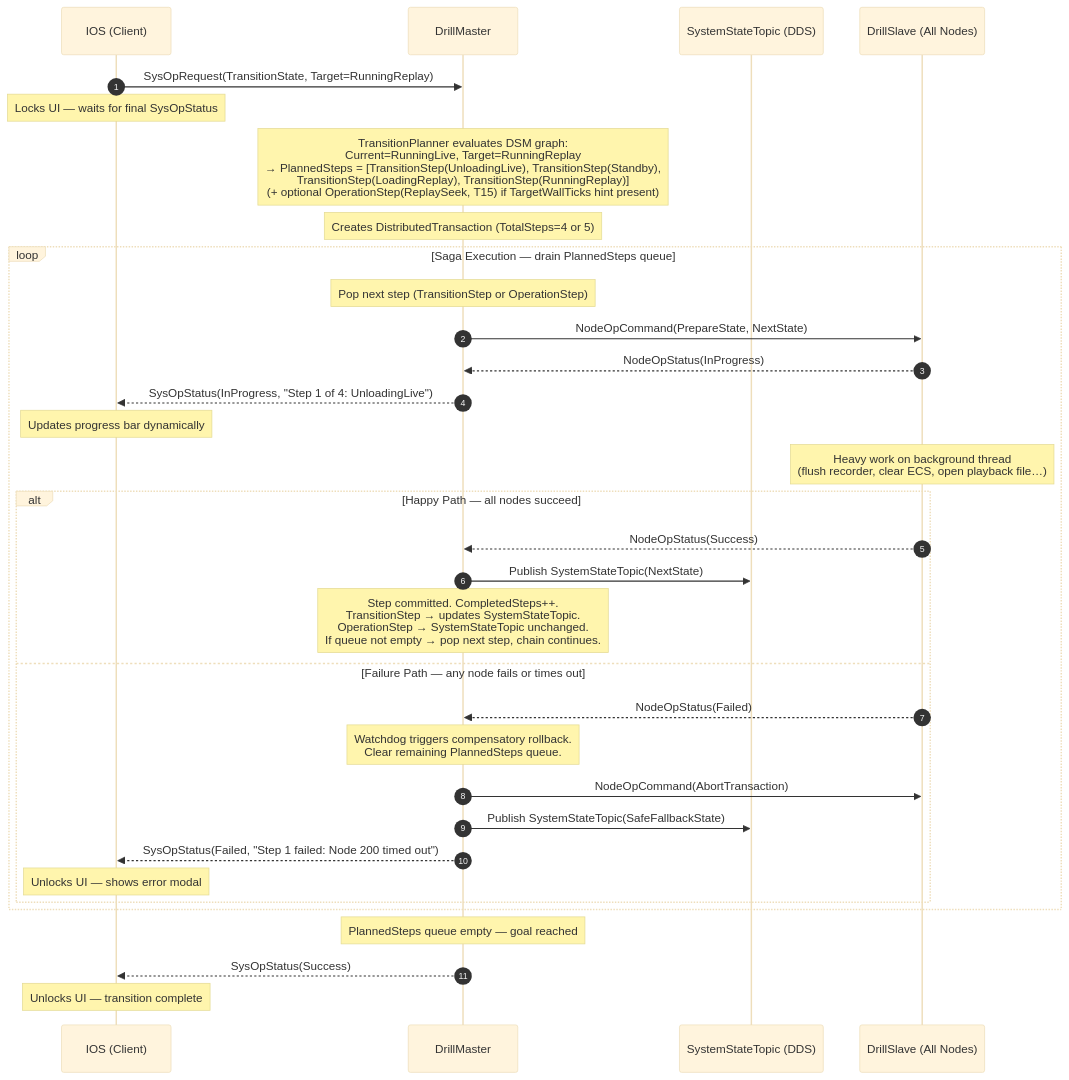
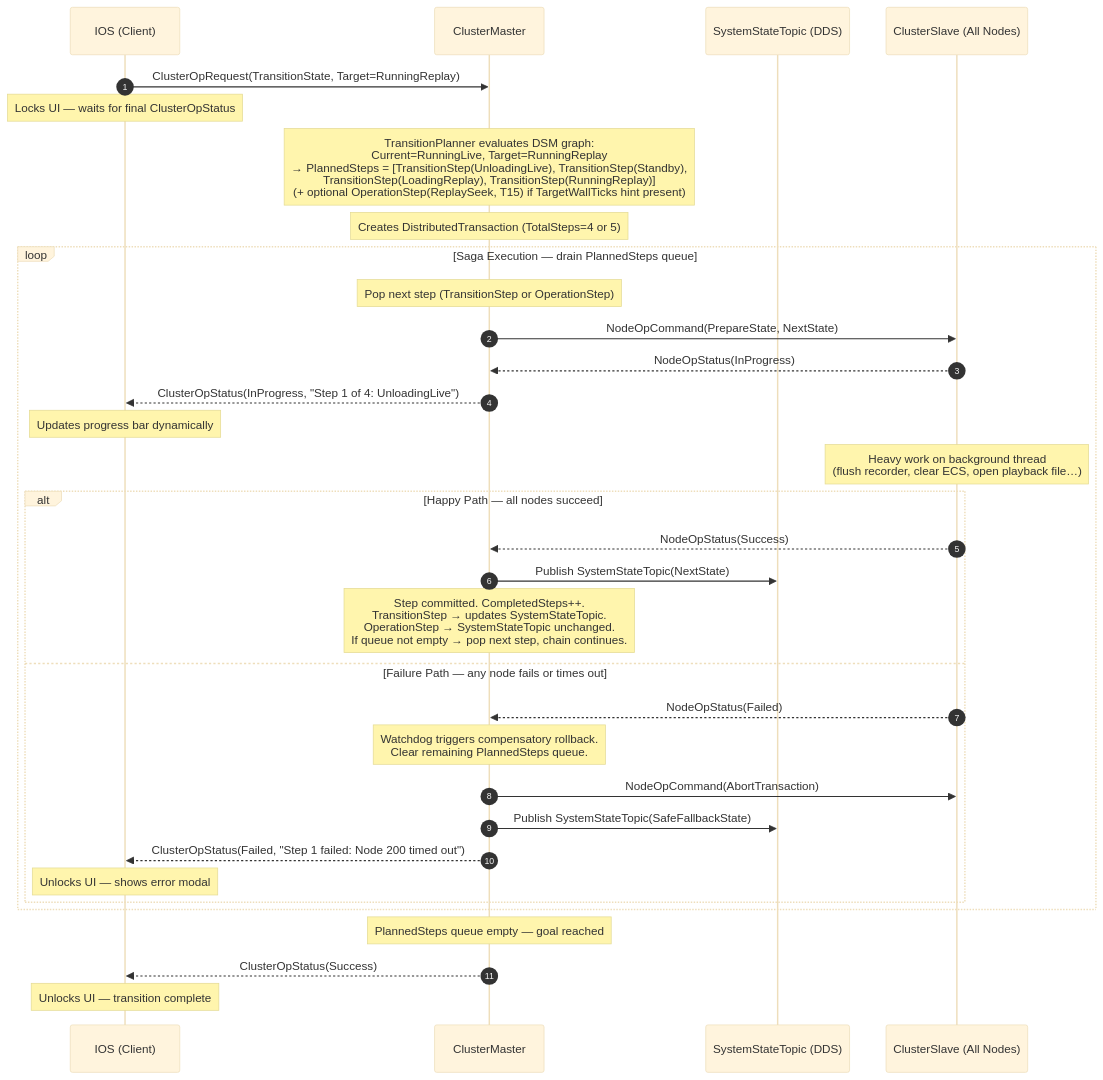
The second of 11 diagrams in .dev/cgf-1/mgmt-DESIGN.md (pjanec/HROT), drawn with Mermaid (base theme) before and after one commit. The commit also changed other lines of this file and 1539 other files, not shown here.

````diff
--- a/.dev/cgf-1/mgmt-DESIGN.md
+++ b/.dev/cgf-1/mgmt-DESIGN.md
@@ -670,42 +670,42 @@
 ```mermaid
 sequenceDiagram
     autonumber
     participant IOS as IOS (Client)
-    participant Master as DrillMaster
+    participant Master as ClusterMaster
     participant Topic as SystemStateTopic (DDS)
-    participant Slaves as DrillSlave (All Nodes)
+    participant Slaves as ClusterSlave (All Nodes)
 
-    IOS->>Master: SysOpRequest(TransitionState, Target=RunningReplay)
-    Note over IOS: Locks UI — waits for final SysOpStatus
+    IOS->>Master: ClusterOpRequest(TransitionState, Target=RunningReplay)
+    Note over IOS: Locks UI — waits for final ClusterOpStatus
 
     Note over Master: TransitionPlanner evaluates DSM graph:<br/>Current=RunningLive, Target=RunningReplay<br/>→ PlannedSteps = [TransitionStep(UnloadingLive), TransitionStep(Standby),<br/>   TransitionStep(LoadingReplay), TransitionStep(RunningReplay)]<br/>   (+ optional OperationStep(ReplaySeek, T15) if TargetWallTicks hint present)
     Note over Master: Creates DistributedTransaction (TotalSteps=4 or 5)
 
     loop Saga Execution — drain PlannedSteps queue
         Note over Master: Pop next step (TransitionStep or OperationStep)
         Master->>Slaves: NodeOpCommand(PrepareState, NextState)
 
         Slaves-->>Master: NodeOpStatus(InProgress)
-        Master-->>IOS: SysOpStatus(InProgress, "Step 1 of 4: UnloadingLive")
+        Master-->>IOS: ClusterOpStatus(InProgress, "Step 1 of 4: UnloadingLive")
         Note over IOS: Updates progress bar dynamically
 
         Note over Slaves: Heavy work on background thread<br/>(flush recorder, clear ECS, open playback file…)
 
         alt Happy Path — all nodes succeed
             Slaves-->>Master: NodeOpStatus(Success)
             Master->>Topic: Publish SystemStateTopic(NextState)
             Note over Master: Step committed. CompletedSteps++.<br/>TransitionStep → updates SystemStateTopic.<br/>OperationStep → SystemStateTopic unchanged.<br/>If queue not empty → pop next step, chain continues.
         else Failure Path — any node fails or times out
             Slaves-->>Master: NodeOpStatus(Failed)
             Note over Master: Watchdog triggers compensatory rollback.<br/>Clear remaining PlannedSteps queue.
             Master->>Slaves: NodeOpCommand(AbortTransaction)
             Master->>Topic: Publish SystemStateTopic(SafeFallbackState)
-            Master-->>IOS: SysOpStatus(Failed, "Step 1 failed: Node 200 timed out")
+            Master-->>IOS: ClusterOpStatus(Failed, "Step 1 failed: Node 200 timed out")
             Note over IOS: Unlocks UI — shows error modal
         end
     end
 
     Note over Master: PlannedSteps queue empty — goal reached
-    Master-->>IOS: SysOpStatus(Success)
+    Master-->>IOS: ClusterOpStatus(Success)
     Note over IOS: Unlocks UI — transition complete
 ```
````
